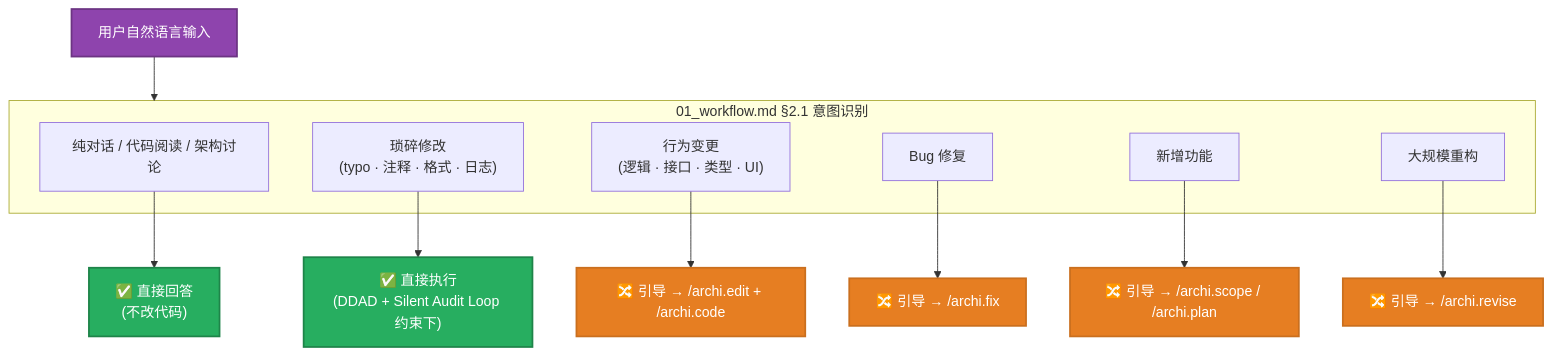
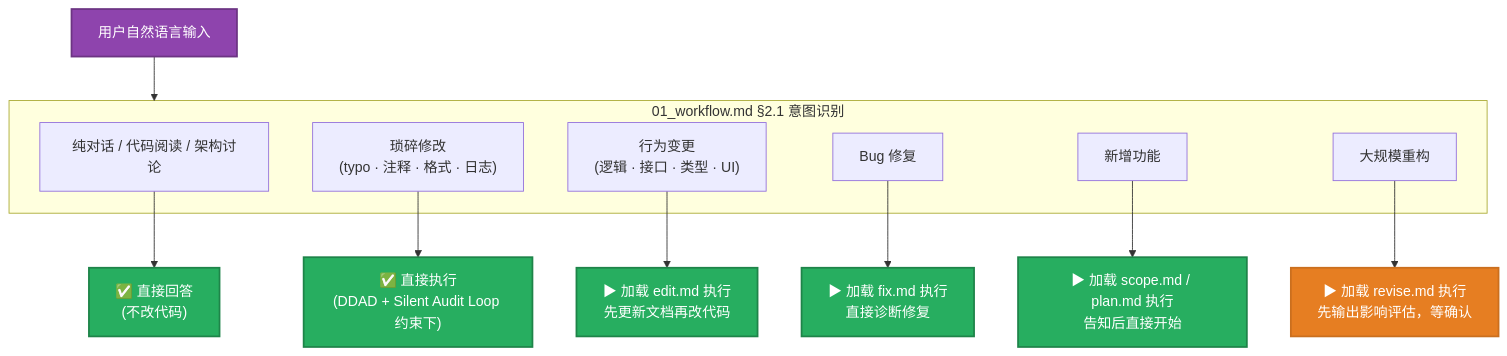
One commit to JiuNian3219/architext changed the second of 10 diagrams in docs/internals.md. Above: the diagram before and after it, drawn with Mermaid. The commit also changed other lines of this file and 6 other files, not shown here.

First line of the commit message:
docs: 更新 README 和内部文档以增强 /archi.scope 的使用说明

````diff
--- a/docs/internals.md
+++ b/docs/internals.md
@@ -391,37 +395,37 @@
 ```mermaid
 graph TD
     INPUT["用户自然语言输入"]
 
     subgraph Dispatcher["01_workflow.md §2.1 意图识别"]
         I1["纯对话 / 代码阅读 / 架构讨论"]
         I2["琐碎修改<br/>(typo · 注释 · 格式 · 日志)"]
         I3["行为变更<br/>(逻辑 · 接口 · 类型 · UI)"]
         I4["Bug 修复"]
         I5["新增功能"]
         I6["大规模重构"]
     end
 
     ANSWER["✅ 直接回答<br/>(不改代码)"]
     TRIVIAL["✅ 直接执行<br/>(DDAD + Silent Audit Loop 约束下)"]
 
-    CMD_EDIT["🔀 引导 → /archi.edit + /archi.code"]
-    CMD_FIX["🔀 引导 → /archi.fix"]
-    CMD_SCOPE["🔀 引导 → /archi.scope / /archi.plan"]
-    CMD_REVISE["🔀 引导 → /archi.revise"]
+    EXEC_EDIT["▶ 加载 edit.md 执行<br/>先更新文档再改代码"]
+    EXEC_FIX["▶ 加载 fix.md 执行<br/>直接诊断修复"]
+    EXEC_SCOPE["▶ 加载 scope.md / plan.md 执行<br/>告知后直接开始"]
+    EXEC_REVISE["▶ 加载 revise.md 执行<br/>先输出影响评估，等确认"]
 
     INPUT --> Dispatcher
     I1 --> ANSWER
     I2 --> TRIVIAL
-    I3 --> CMD_EDIT
-    I4 --> CMD_FIX
-    I5 --> CMD_SCOPE
-    I6 --> CMD_REVISE
+    I3 --> EXEC_EDIT
+    I4 --> EXEC_FIX
+    I5 --> EXEC_SCOPE
+    I6 --> EXEC_REVISE
 
     style INPUT fill:#8E44AD,stroke:#6C3483,stroke-width:2px,color:#fff
     style ANSWER fill:#27AE60,stroke:#1E8449,stroke-width:2px,color:#fff
     style TRIVIAL fill:#27AE60,stroke:#1E8449,stroke-width:2px,color:#fff
-    style CMD_EDIT fill:#E67E22,stroke:#CA6F1E,stroke-width:2px,color:#fff
-    style CMD_FIX fill:#E67E22,stroke:#CA6F1E,stroke-width:2px,color:#fff
-    style CMD_SCOPE fill:#E67E22,stroke:#CA6F1E,stroke-width:2px,color:#fff
-    style CMD_REVISE fill:#E67E22,stroke:#CA6F1E,stroke-width:2px,color:#fff
+    style EXEC_EDIT fill:#27AE60,stroke:#1E8449,stroke-width:2px,color:#fff
+    style EXEC_FIX fill:#27AE60,stroke:#1E8449,stroke-width:2px,color:#fff
+    style EXEC_SCOPE fill:#27AE60,stroke:#1E8449,stroke-width:2px,color:#fff
+    style EXEC_REVISE fill:#E67E22,stroke:#CA6F1E,stroke-width:2px,color:#fff
 ```
````
